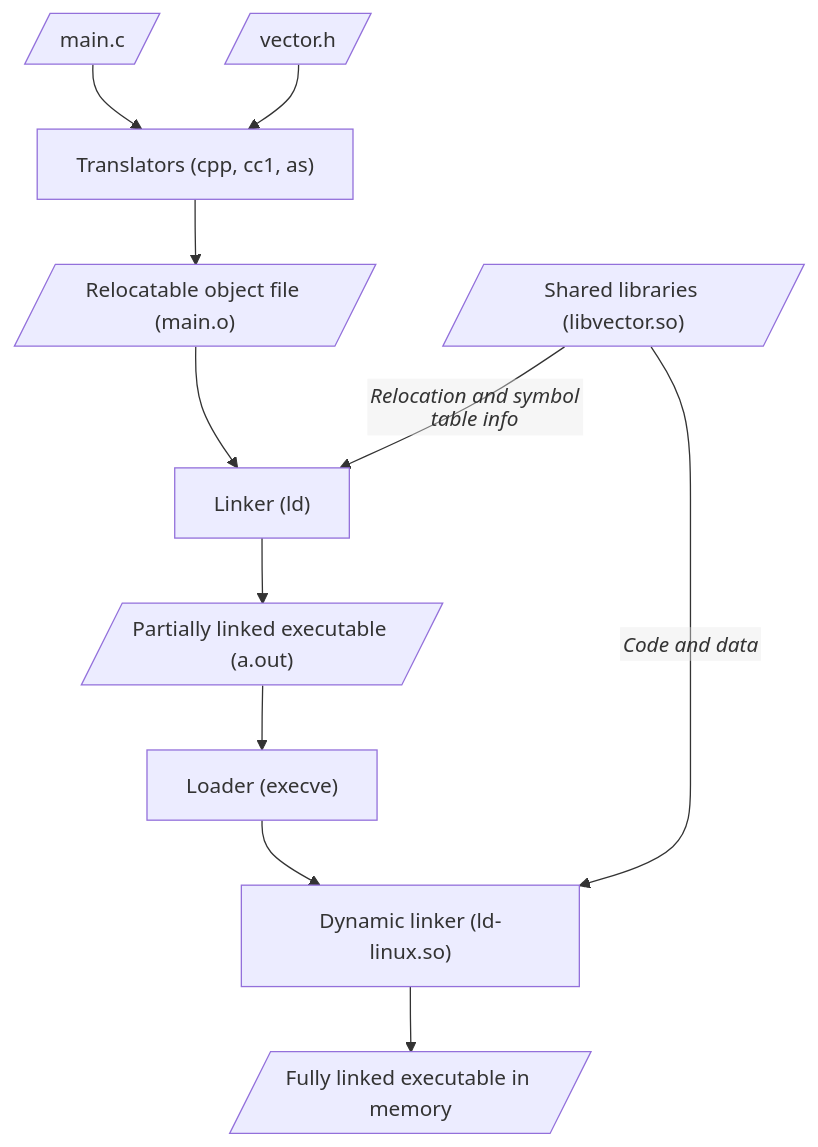
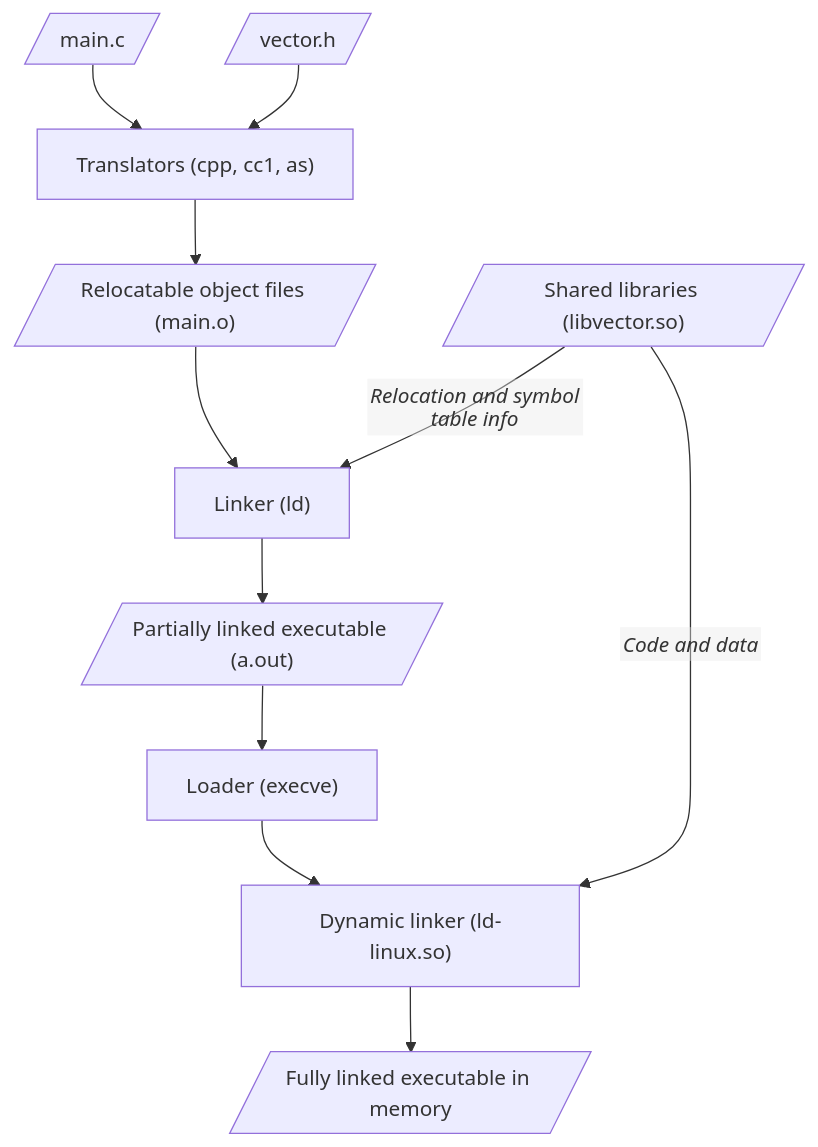
The diagram in _posts/2024-03-08-ics-lecture-13.md (jjongs2/jjongs2.github.io), drawn with Mermaid before and after one commit. The commit also changed other lines of this file, not shown here.

````diff
--- a/_posts/2024-03-08-ics-lecture-13.md
+++ b/_posts/2024-03-08-ics-lecture-13.md
@@ -177,19 +177,19 @@
 ```mermaid
 %%{init: {"flowchart": {"htmlLabels": false}} }%%
 flowchart TD
     c[/"main.c"/]
     h[/"vector.h"/]
-    o[/"Relocatable object file (main.o)"/]
+    o[/"Relocatable object files (main.o)"/]
     so[/"Shared libraries (libvector.so)"/]
     partial[/"Partially linked executable (a.out)"/]
     full[/"Fully linked executable in memory"/]
     Translators["Translators (cpp, cc1, as)"]
     Linker["Linker (ld)"]
     Loader["Loader (execve)"]
     Dynamic["Dynamic linker (ld-linux.so)"]
 
     c & h --> Translators --> o --> Linker --> partial
     so -- "`_Relocation and symbol table info_`" --> Linker
     partial --> Loader --> Dynamic --> full
     so -- "`_Code and data_`" --> Dynamic
 ```
````
